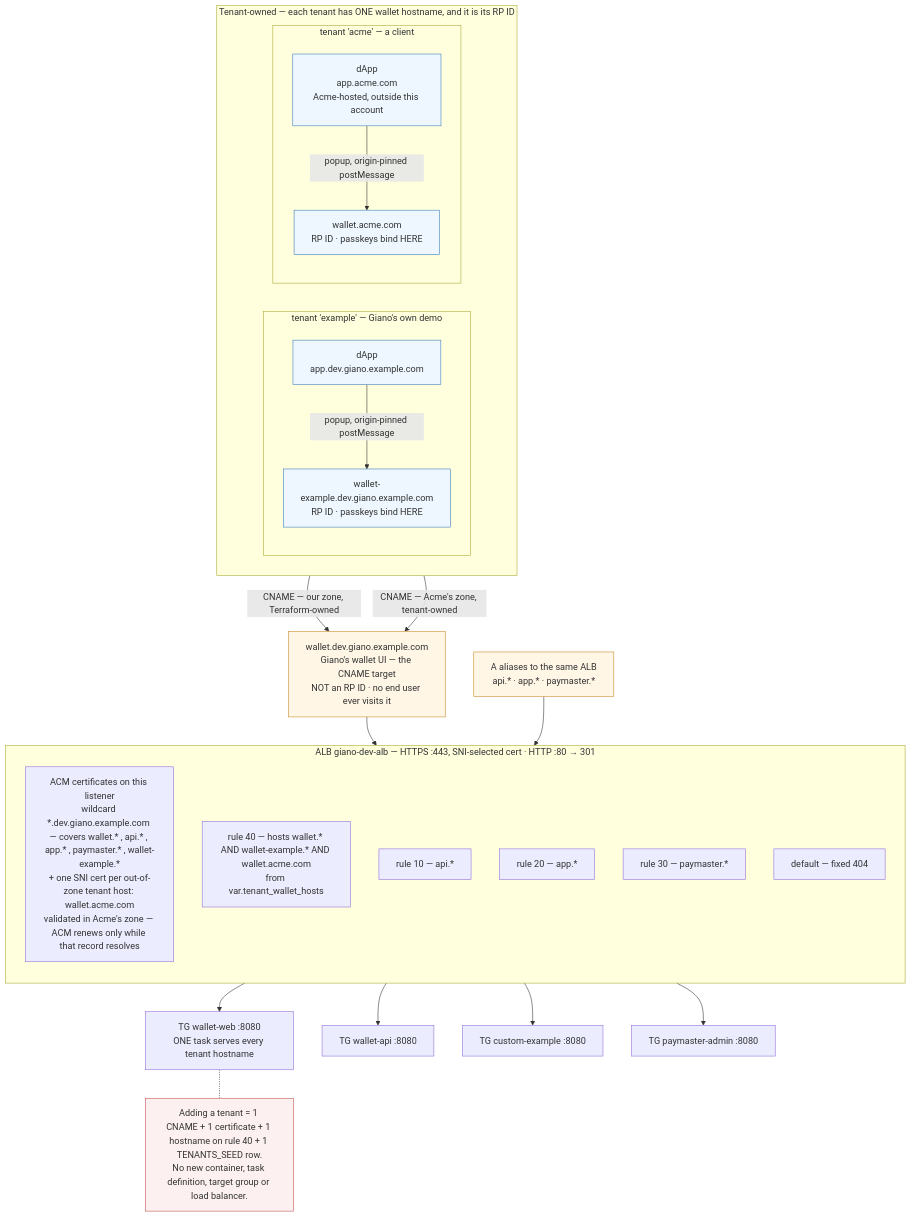
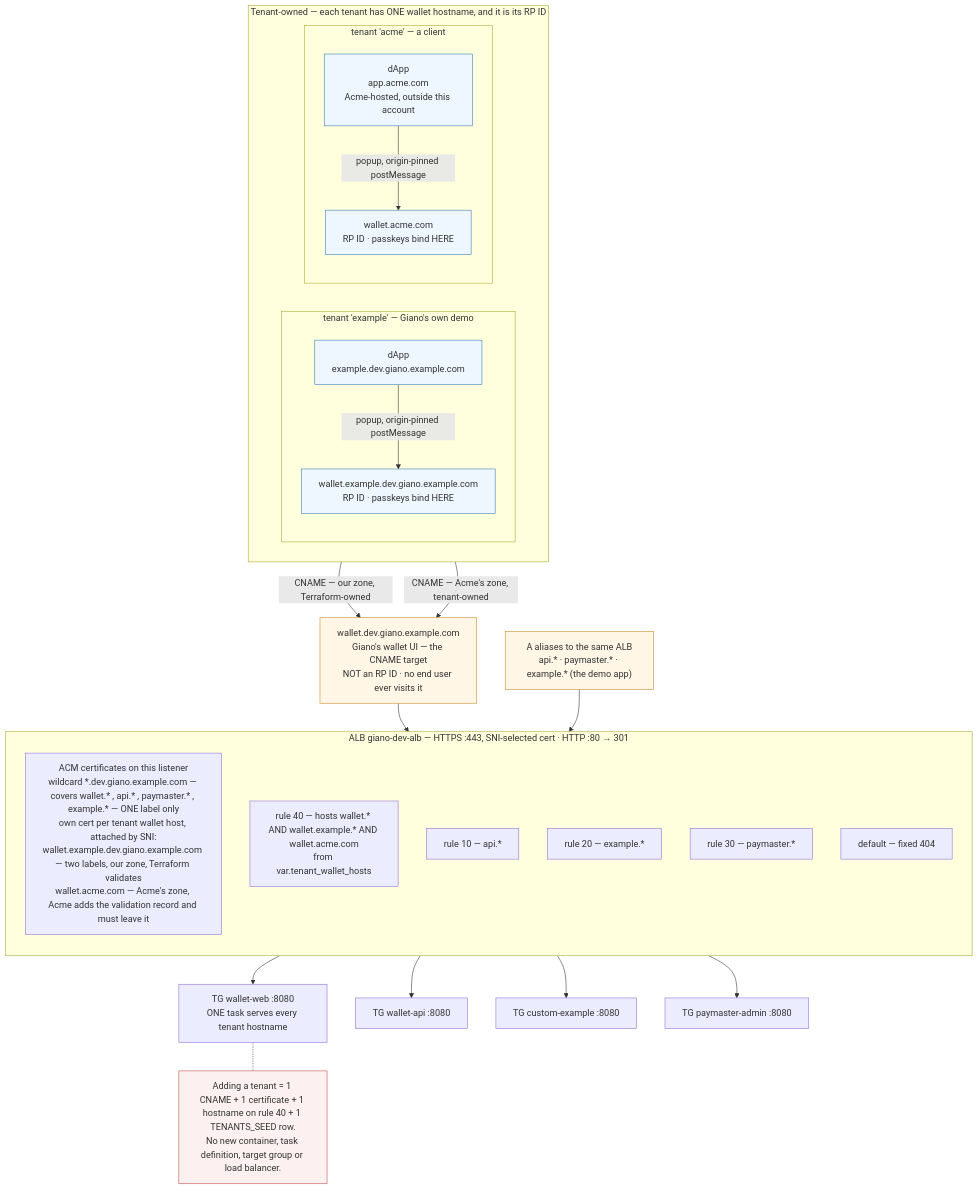
The first of 3 diagrams in specs/DEV-INFRASTRUCTURE.md (appliedblockchain/giano), drawn with Mermaid before and after one commit. The commit also changed other lines of this file, not shown here.

First line of the commit message:
docs: give the example app its own domain with a wallet subdomain

````diff
--- a/specs/DEV-INFRASTRUCTURE.md
+++ b/specs/DEV-INFRASTRUCTURE.md
@@ -116,58 +126,58 @@
 ```mermaid
 flowchart TB
 
 subgraph TENANTS["Tenant-owned — each tenant has ONE wallet hostname, and it is its RP ID"]
   direction LR
   subgraph TEXAMPLE["tenant 'example' — Giano's own demo"]
     direction TB
-    D1["dApp<br/>app.dev.giano.example.com"]
-    W1["wallet-example.dev.giano.example.com<br/>RP ID · passkeys bind HERE"]
+    D1["dApp<br/>example.dev.giano.example.com"]
+    W1["wallet.example.dev.giano.example.com<br/>RP ID · passkeys bind HERE"]
     D1 -->|"popup, origin-pinned postMessage"| W1
   end
   subgraph TACME["tenant 'acme' — a client"]
     direction TB
     D2["dApp<br/>app.acme.com<br/>Acme-hosted, outside this account"]
     W2["wallet.acme.com<br/>RP ID · passkeys bind HERE"]
     D2 -->|"popup, origin-pinned postMessage"| W2
   end
 end
 
 GIANO["wallet.dev.giano.example.com<br/>Giano's wallet UI — the CNAME target<br/>NOT an RP ID · no end user ever visits it"]
-OTHER["A aliases to the same ALB<br/>api.* · app.* · paymaster.*"]
+OTHER["A aliases to the same ALB<br/>api.* · paymaster.* · example.* (the demo app)"]
 
 W1 -->|"CNAME — our zone, Terraform-owned"| GIANO
 W2 -->|"CNAME — Acme's zone, tenant-owned"| GIANO
 
 subgraph ALBX["ALB giano-dev-alb — HTTPS :443, SNI-selected cert · HTTP :80 → 301"]
   direction TB
-  CERTS["ACM certificates on this listener<br/>wildcard *.dev.giano.example.com — covers wallet.* , api.* , app.* , paymaster.* , wallet-example.*<br/>+ one SNI cert per out-of-zone tenant host: wallet.acme.com<br/>validated in Acme's zone — ACM renews only while that record resolves"]
-  R40["rule 40 — hosts wallet.* AND wallet-example.* AND wallet.acme.com<br/>from var.tenant_wallet_hosts"]
+  CERTS["ACM certificates on this listener<br/>wildcard *.dev.giano.example.com — covers wallet.* , api.* , paymaster.* , example.* — ONE label only<br/>own cert per tenant wallet host, attached by SNI:<br/>wallet.example.dev.giano.example.com — two labels, our zone, Terraform validates<br/>wallet.acme.com — Acme's zone, Acme adds the validation record and must leave it"]
+  R40["rule 40 — hosts wallet.* AND wallet.example.* AND wallet.acme.com<br/>from var.tenant_wallet_hosts"]
   R10["rule 10 — api.*"]
-  R20["rule 20 — app.*"]
+  R20["rule 20 — example.*"]
   R30["rule 30 — paymaster.*"]
   RDEF["default — fixed 404"]
 end
 
 GIANO --> ALBX
 OTHER --> ALBX
 
 TGW["TG wallet-web :8080<br/>ONE task serves every tenant hostname"]
 TGA["TG wallet-api :8080"]
 TGE["TG custom-example :8080"]
 TGP["TG paymaster-admin :8080"]
 
 R40 --> TGW
 R10 --> TGA
 R20 --> TGE
 R30 --> TGP
 
 NOTE["Adding a tenant = 1 CNAME + 1 certificate + 1 hostname on rule 40 + 1 TENANTS_SEED row.<br/>No new container, task definition, target group or load balancer."]
 TGW -.- NOTE
 
 classDef tenant fill:#eef7ff,stroke:#3b7cb8
 classDef giano fill:#fff6e6,stroke:#c78b2a
 classDef warn fill:#fdf0f0,stroke:#c0504d
 class W1,W2,D1,D2 tenant
 class GIANO,OTHER giano
 class NOTE warn
 ```
````
